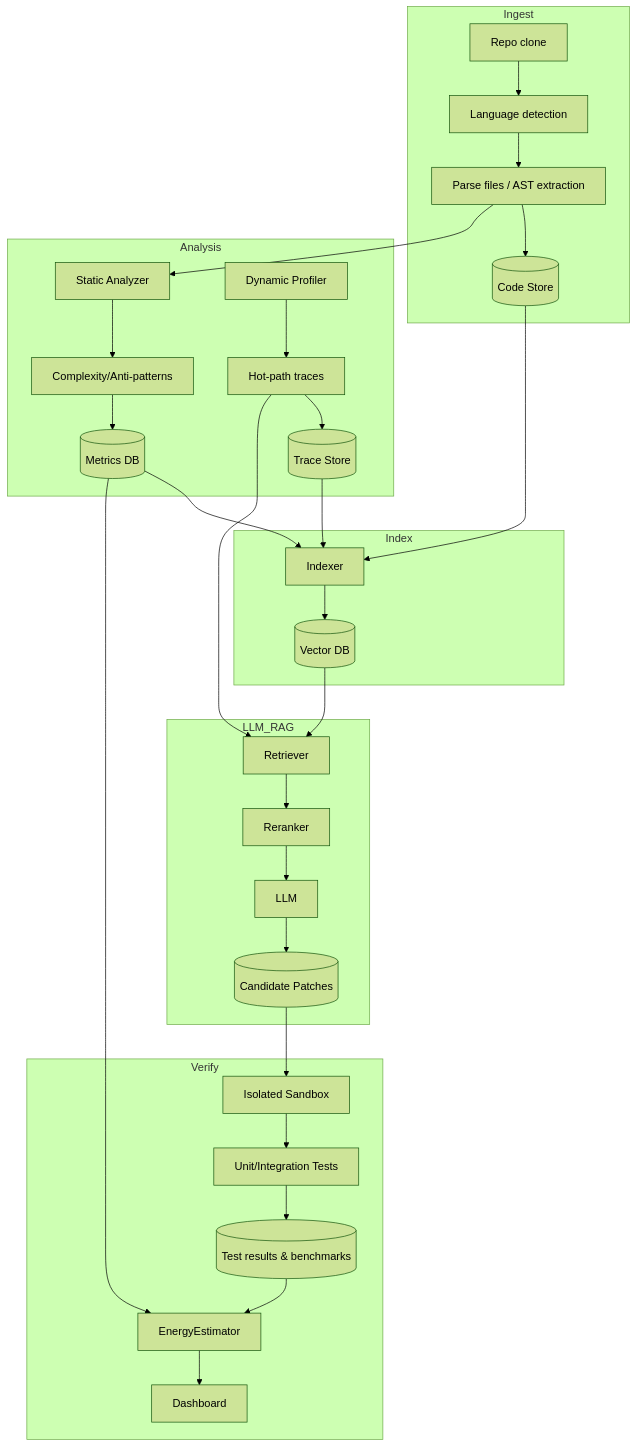
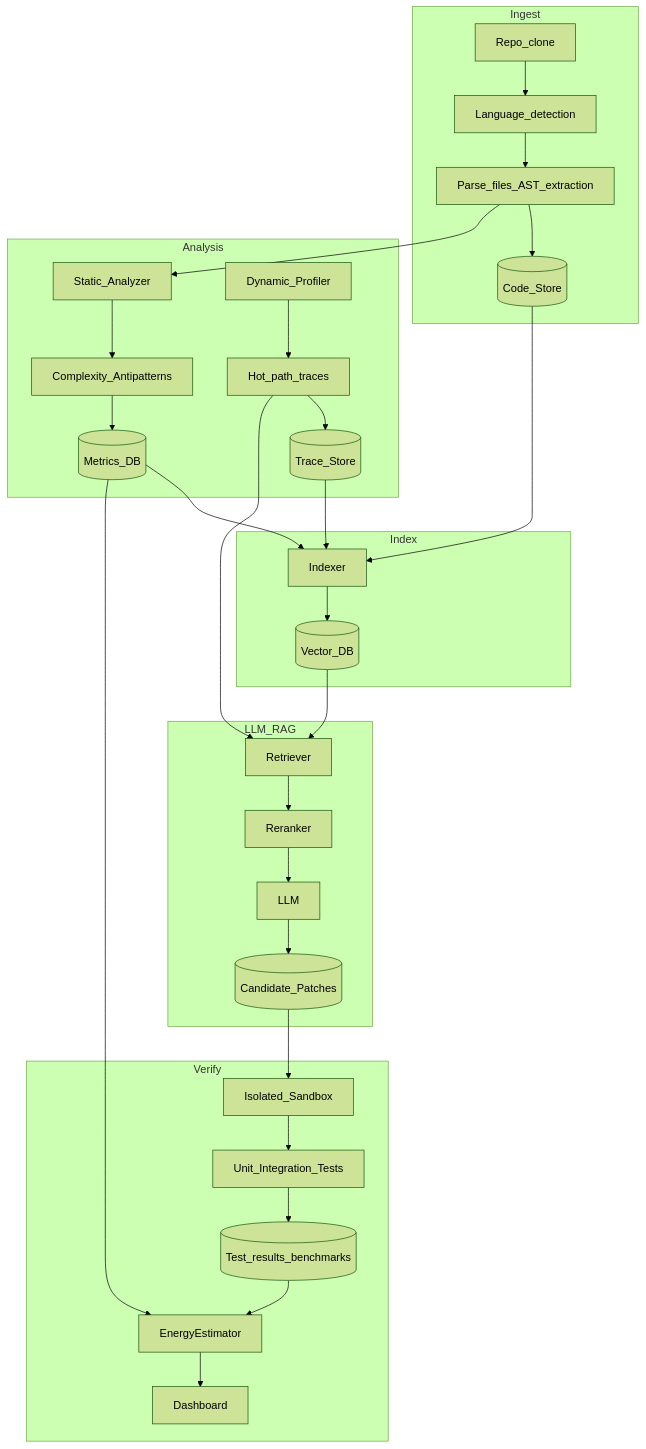
One commit to arjunsn-03/Code_optimizer_majorProject changed the fourth of 5 diagrams in ARCHITECTURE.md. Above: the diagram before and after it, drawn with Mermaid (forest theme). The commit also changed other lines of this file, not shown here.

````diff
--- a/ARCHITECTURE.md
+++ b/ARCHITECTURE.md
@@ -91,41 +91,41 @@
 ```mermaid
 flowchart TB
   subgraph Ingest
-    A1[Repo clone] --> A2[Language detection]
-    A2 --> A3[Parse files / AST extraction]
-    A3 --> StoreCode[(Code Store)]
+    A1[Repo_clone] --> A2[Language_detection]
+    A2 --> A3[Parse_files_AST_extraction]
+    A3 --> StoreCode[(Code_Store)]
   end
 
   subgraph Analysis
-    B1[Static Analyzer] --> B2[Complexity/Anti-patterns]
-    B3[Dynamic Profiler] --> B4[Hot-path traces]
-    B4 --> TraceStore[(Trace Store)]
-    B2 --> MetricStore[(Metrics DB)]
+    B1[Static_Analyzer] --> B2[Complexity_Antipatterns]
+    B3[Dynamic_Profiler] --> B4[Hot_path_traces]
+    B4 --> TraceStore[(Trace_Store)]
+    B2 --> MetricStore[(Metrics_DB)]
   end
 
   subgraph Index
     StoreCode --> Indexer
     TraceStore --> Indexer
     MetricStore --> Indexer
-    Indexer --> VectorDB[(Vector DB)]
+    Indexer --> VectorDB[(Vector_DB)]
   end
 
   subgraph LLM_RAG
     VectorDB --> Retriever
     Retriever --> Reranker
     Reranker --> LLM
-    LLM --> PatchStore[(Candidate Patches)]
+    LLM --> PatchStore[(Candidate_Patches)]
   end
 
   subgraph Verify
-    PatchStore --> Sandbox[Isolated Sandbox]
-    Sandbox --> Tests[Unit/Integration Tests]
-    Tests --> Results[(Test results & benchmarks)]
+    PatchStore --> Sandbox[Isolated_Sandbox]
+    Sandbox --> Tests[Unit_Integration_Tests]
+    Tests --> Results[(Test_results_benchmarks)]
     Results --> EnergyEstimator
     EnergyEstimator --> Dashboard
   end
 
   A3 --> B1
   B4 --> Retriever
   MetricStore --> EnergyEstimator
 ```
````
